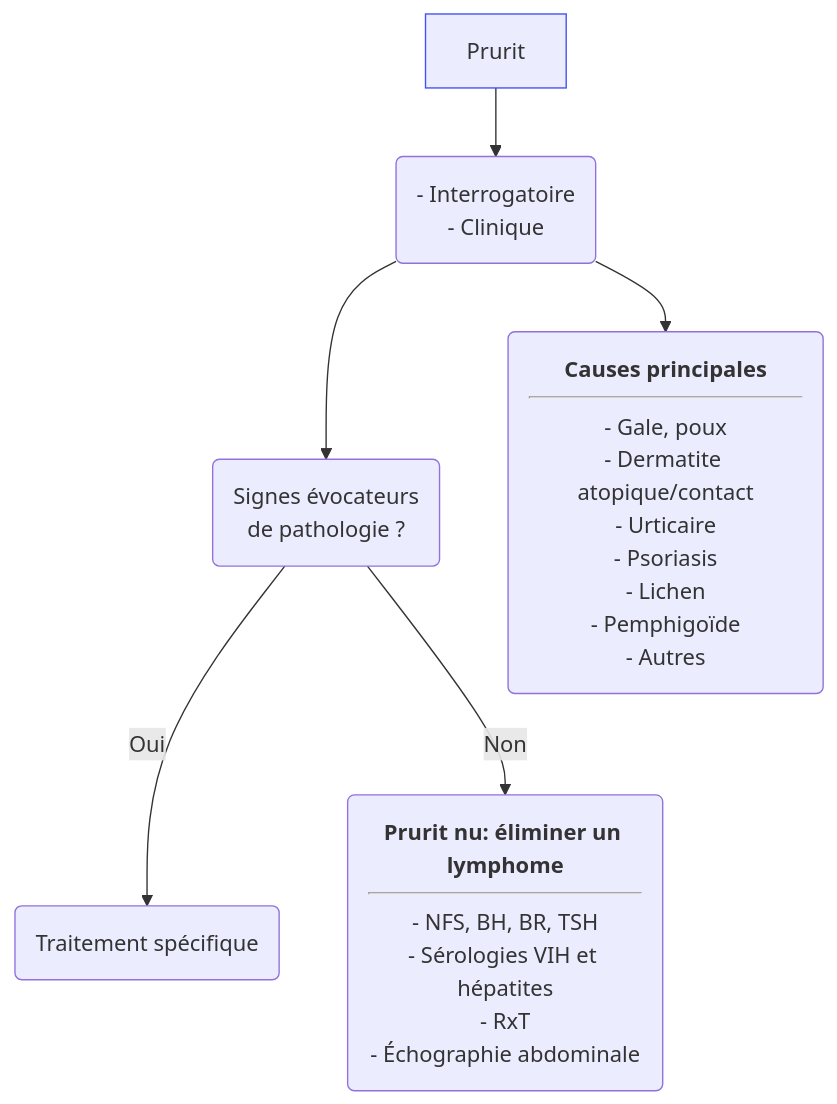
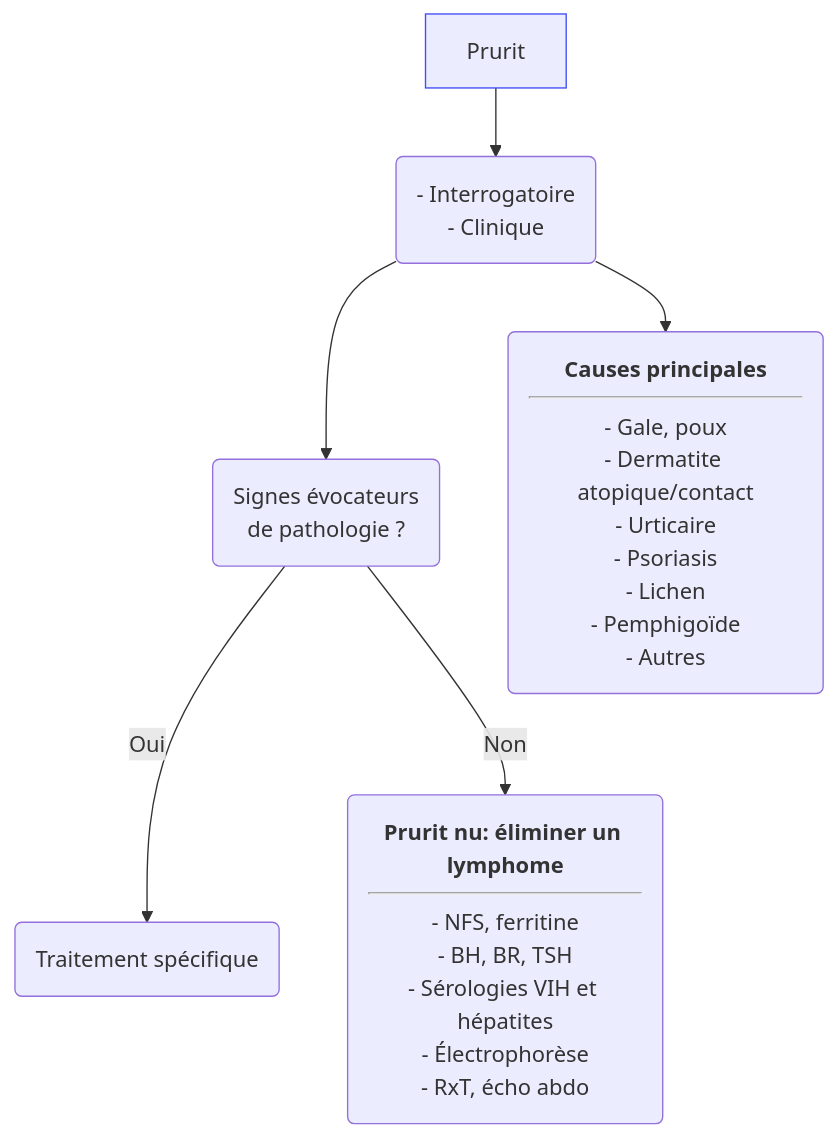
The diagram in content/recommandations/prurit.md (djibe/recommandations-medicales), drawn with Mermaid before and after one commit. The commit also changed other lines of this file and 11 other files, not shown here.

```diff
--- a/content/recommandations/prurit.md
+++ b/content/recommandations/prurit.md
@@ -176,9 +191,9 @@
-{{< mermaid title="Conduite à tenir devant un prurit. Dr JB Fron d'après CEDEF 2017" >}}
+{{< mermaid title="Prise en charge d'un prurit. Dr JB Fron d'après CEDEF 2021" >}}
 graph TB
   prurit[Prurit] --> examen("- Interrogatoire<br>- Clinique")
   style prurit stroke:#4150f5, stroke-width:1px
     examen --> orientation("Signes évocateurs <br>de pathologie ?")
       orientation -- Oui --> tttSpe(Traitement spécifique)
-      orientation -- Non --> bilan("<b>Prurit nu: éliminer un lymphome</b><hr>- NFS, BH, BR, TSH<br>- Sérologies VIH et hépatites<br>- RxT<br>- Échographie abdominale")
+      orientation -- Non --> bilan("<b>Prurit nu: éliminer un lymphome</b><hr>- NFS, ferritine<br>- BH, BR, TSH<br>- Sérologies VIH et hépatites<br>- Électrophorèse<br>- RxT, écho abdo")
     examen --> etiologie("<b>Causes principales</b><hr>- Gale, poux<br>- Dermatite atopique/contact<br>- Urticaire<br>- Psoriasis<br>- Lichen<br>- Pemphigoïde<br>- Autres")
 {{< /mermaid >}}
```
